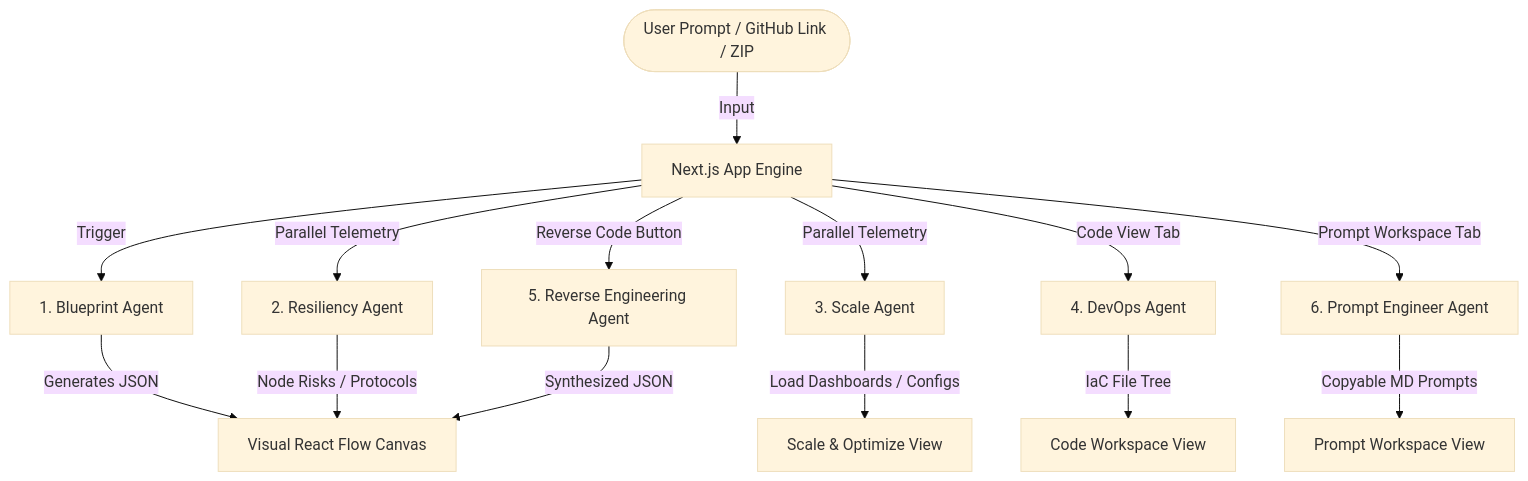
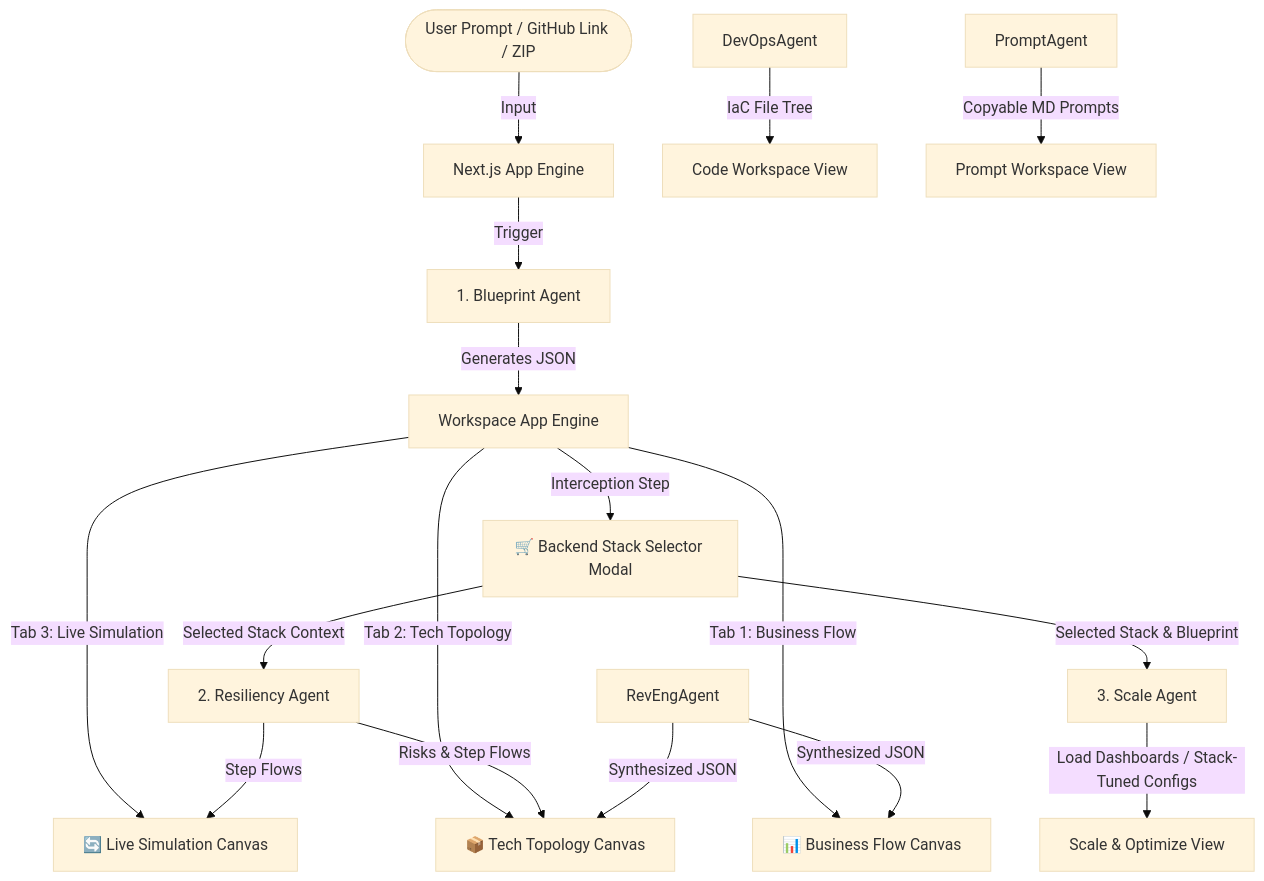
The diagram in AGENTS.md (raiwaa475-art/AI-Powered-Workflow-Designer), drawn with Mermaid (base theme) before and after one commit. The commit also changed other lines of this file and 48 other files, not shown here.

Commit message:
feat: initialize AI-powered workflow designer with multi-stage generation, LLM-driven architecture modification, and custom node canvas system

````diff
--- a/AGENTS.md
+++ b/AGENTS.md
@@ -17,17 +17,22 @@
 ```mermaid
 graph TD
     User([User Prompt / GitHub Link / ZIP]) -->|Input| App[Next.js App Engine]
     App -->|Trigger| BlueprintAgent[1. Blueprint Agent]
-    App -->|Parallel Telemetry| ResiliencyAgent[2. Resiliency Agent]
-    App -->|Parallel Telemetry| ScaleAgent[3. Scale Agent]
-    App -->|Code View Tab| DevOpsAgent[4. DevOps Agent]
-    App -->|Reverse Code Button| RevEngAgent[5. Reverse Engineering Agent]
-    App -->|Prompt Workspace Tab| PromptAgent[6. Prompt Engineer Agent]
+    BlueprintAgent -->|Generates JSON| Workspace[Workspace App Engine]
+    
+    Workspace -->|Interception Step| StackSelector[🛒 Backend Stack Selector Modal]
+    StackSelector -->|Selected Stack Context| ResiliencyAgent[2. Resiliency Agent]
+    StackSelector -->|Selected Stack & Blueprint| ScaleAgent[3. Scale Agent]
 
-    BlueprintAgent -->|Generates JSON| Canvas[Visual React Flow Canvas]
-    ResiliencyAgent -->|Node Risks / Protocols| Canvas
-    ScaleAgent -->|Load Dashboards / Configs| ScaleTab[Scale & Optimize View]
+    Workspace -->|Tab 1: Business Flow| BusinessCanvas[📊 Business Flow Canvas]
+    Workspace -->|Tab 2: Tech Topology| TechCanvas[📦 Tech Topology Canvas]
+    Workspace -->|Tab 3: Live Simulation| SimCanvas[🔄 Live Simulation Canvas]
+    
+    ResiliencyAgent -->|Risks & Step Flows| TechCanvas
+    ResiliencyAgent -->|Step Flows| SimCanvas
+    ScaleAgent -->|Load Dashboards / Stack-Tuned Configs| ScaleTab[Scale & Optimize View]
     DevOpsAgent -->|IaC File Tree| CodeTab[Code Workspace View]
-    RevEngAgent -->|Synthesized JSON| Canvas
+    RevEngAgent -->|Synthesized JSON| BusinessCanvas
+    RevEngAgent -->|Synthesized JSON| TechCanvas
     PromptAgent -->|Copyable MD Prompts| PromptTab[Prompt Workspace View]
 ```
````
